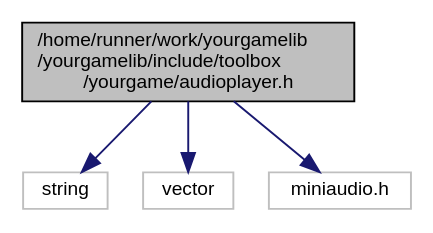
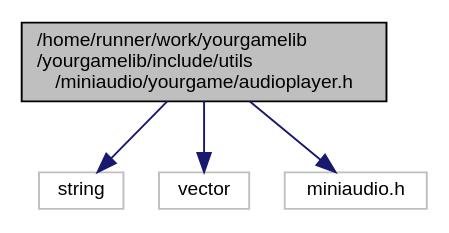
The diagram in audioplayer_8h__incl.dot (duddel/yourgamelib), drawn with Graphviz before and after one commit. The commit also changed 38 other files, not shown here.

```diff
--- a/audioplayer_8h__incl.dot
+++ b/audioplayer_8h__incl.dot
@@ -1,12 +1,12 @@
-digraph "/home/runner/work/yourgamelib/yourgamelib/include/toolbox/yourgame/audioplayer.h"
+digraph "/home/runner/work/yourgamelib/yourgamelib/include/utils/miniaudio/yourgame/audioplayer.h"
 {
   edge [fontname="Helvetica",fontsize="10",labelfontname="Helvetica",labelfontsize="10"];
   node [fontname="Helvetica",fontsize="10",shape=record];
-  Node0 [label="/home/runner/work/yourgamelib\l/yourgamelib/include/toolbox\l/yourgame/audioplayer.h",height=0.2,width=0.4,color="black", fillcolor="grey75", style="filled", fontcolor="black"];
+  Node0 [label="/home/runner/work/yourgamelib\l/yourgamelib/include/utils\l/miniaudio/yourgame/audioplayer.h",height=0.2,width=0.4,color="black", fillcolor="grey75", style="filled", fontcolor="black"];
   Node0 -> Node1 [color="midnightblue",fontsize="10",style="solid",fontname="Helvetica"];
   Node1 [label="string",height=0.2,width=0.4,color="grey75", fillcolor="white", style="filled"];
   Node0 -> Node2 [color="midnightblue",fontsize="10",style="solid",fontname="Helvetica"];
   Node2 [label="vector",height=0.2,width=0.4,color="grey75", fillcolor="white", style="filled"];
   Node0 -> Node3 [color="midnightblue",fontsize="10",style="solid",fontname="Helvetica"];
   Node3 [label="miniaudio.h",height=0.2,width=0.4,color="grey75", fillcolor="white", style="filled"];
 }
```
